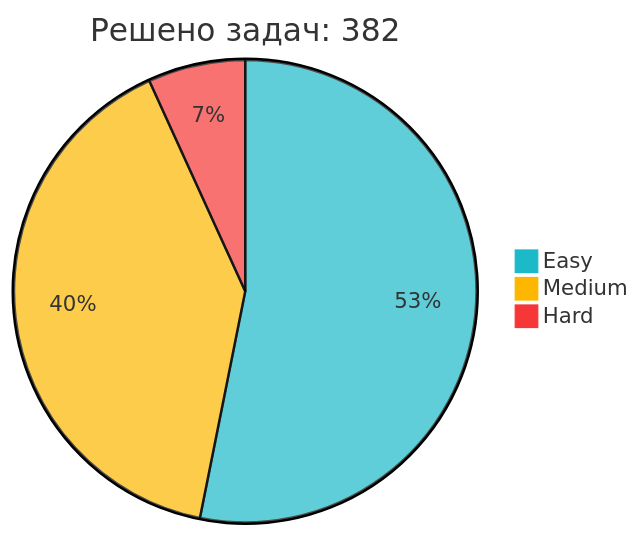
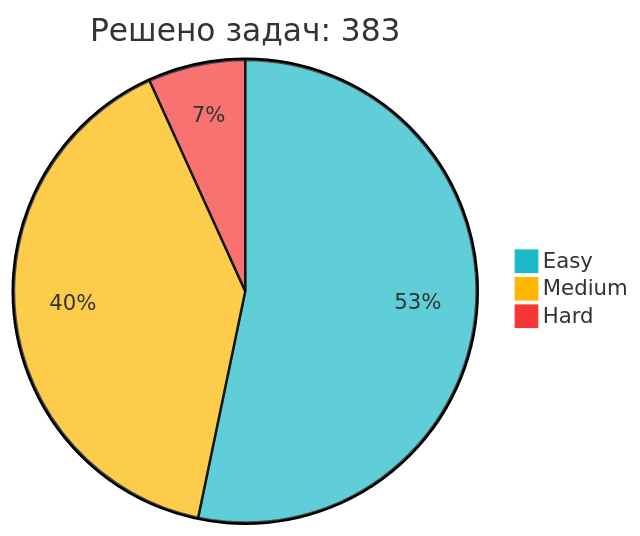
Before and after one commit to IliaKurdukov/IliaKurdukov: the diagram in README.md, drawn with Mermaid. The commit also changed other lines of this file, not shown here.

Commit message:
📈 Обновление статистики LeetCode

````diff
--- a/README.md
+++ b/README.md
@@ -51,7 +51,7 @@
 ```mermaid
 %%{init: {'theme': 'base', 'themeVariables': { 'pie1': '#1CBAC8', 'pie2': '#FEB700', 'pie3': '#F63737' }, 'config': {'width': 300, 'height': 200}}}%%
-pie title Решено задач: 382
-   "Easy" : 203
+pie title Решено задач: 383
+   "Easy" : 204
    "Medium" : 153
    "Hard" : 26
 ```
````
